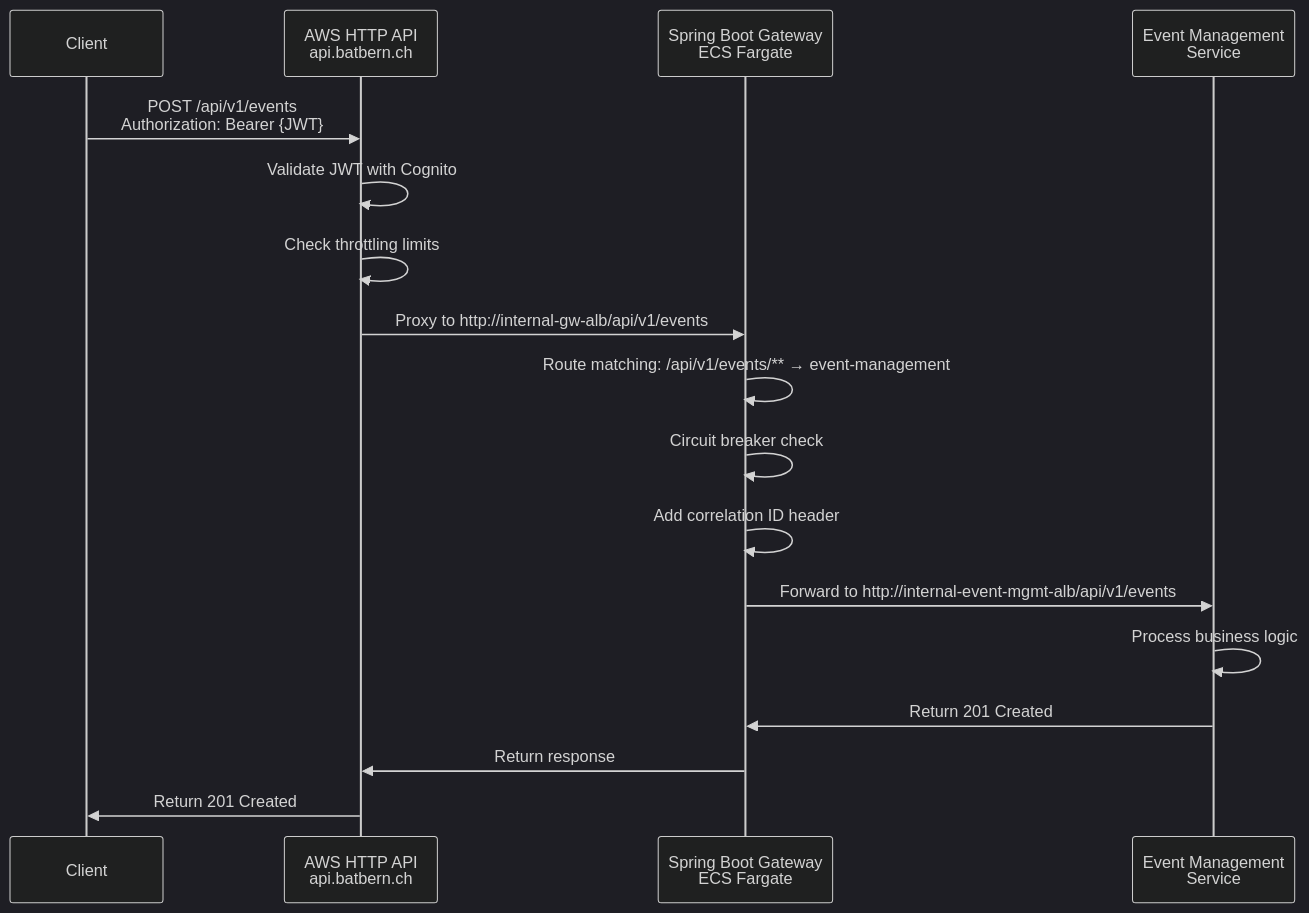
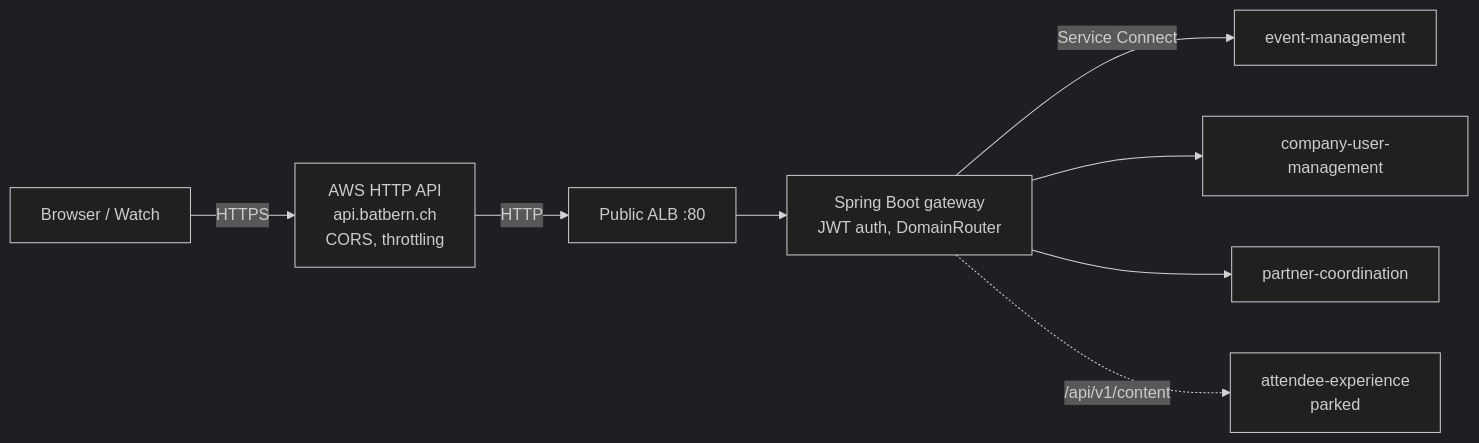
Before and after one commit to nissimbuchs/BATbern2: the diagram in docs/architecture/02-infrastructure-deployment.md, drawn with Mermaid (dark theme). The commit also changed other lines of this file and 20 other files, not shown here.

First line of the commit message:
docs(architecture): describe the system as built; ADR-005 stub, ADR-008/014 updates

````diff
--- a/docs/architecture/02-infrastructure-deployment.md
+++ b/docs/architecture/02-infrastructure-deployment.md
@@ -625,20 +94,10 @@
 ```mermaid
-sequenceDiagram
-    participant C as Client
-    participant AWS as AWS HTTP API<br/>api.batbern.ch
-    participant GW as Spring Boot Gateway<br/>ECS Fargate
-    participant EM as Event Management<br/>Service
-
-    C->>AWS: POST /api/v1/events<br/>Authorization: Bearer {JWT}
-    AWS->>AWS: Validate JWT with Cognito
-    AWS->>AWS: Check throttling limits
-    AWS->>GW: Proxy to http://internal-gw-alb/api/v1/events
-    GW->>GW: Route matching: /api/v1/events/** → event-management
-    GW->>GW: Circuit breaker check
-    GW->>GW: Add correlation ID header
-    GW->>EM: Forward to http://internal-event-mgmt-alb/api/v1/events
-    EM->>EM: Process business logic
-    EM->>GW: Return 201 Created
-    GW->>AWS: Return response
-    AWS->>C: Return 201 Created
+graph LR
+    C[Browser / Watch] -->|HTTPS| H[AWS HTTP API<br/>api.batbern.ch<br/>CORS, throttling]
+    H -->|HTTP| ALB[Public ALB :80]
+    ALB --> GW[Spring Boot gateway<br/>JWT auth, DomainRouter]
+    GW -->|Service Connect| EMS[event-management]
+    GW --> CUMS[company-user-management]
+    GW --> PCS[partner-coordination]
+    GW -.->|/api/v1/content| AES[attendee-experience<br/>parked]
 ```
````
